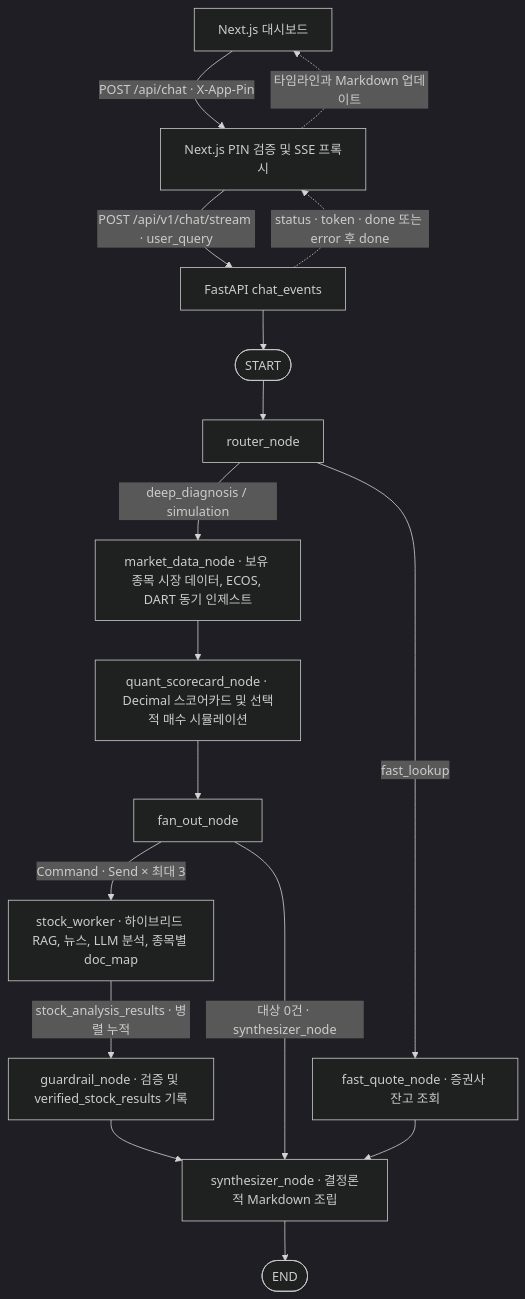
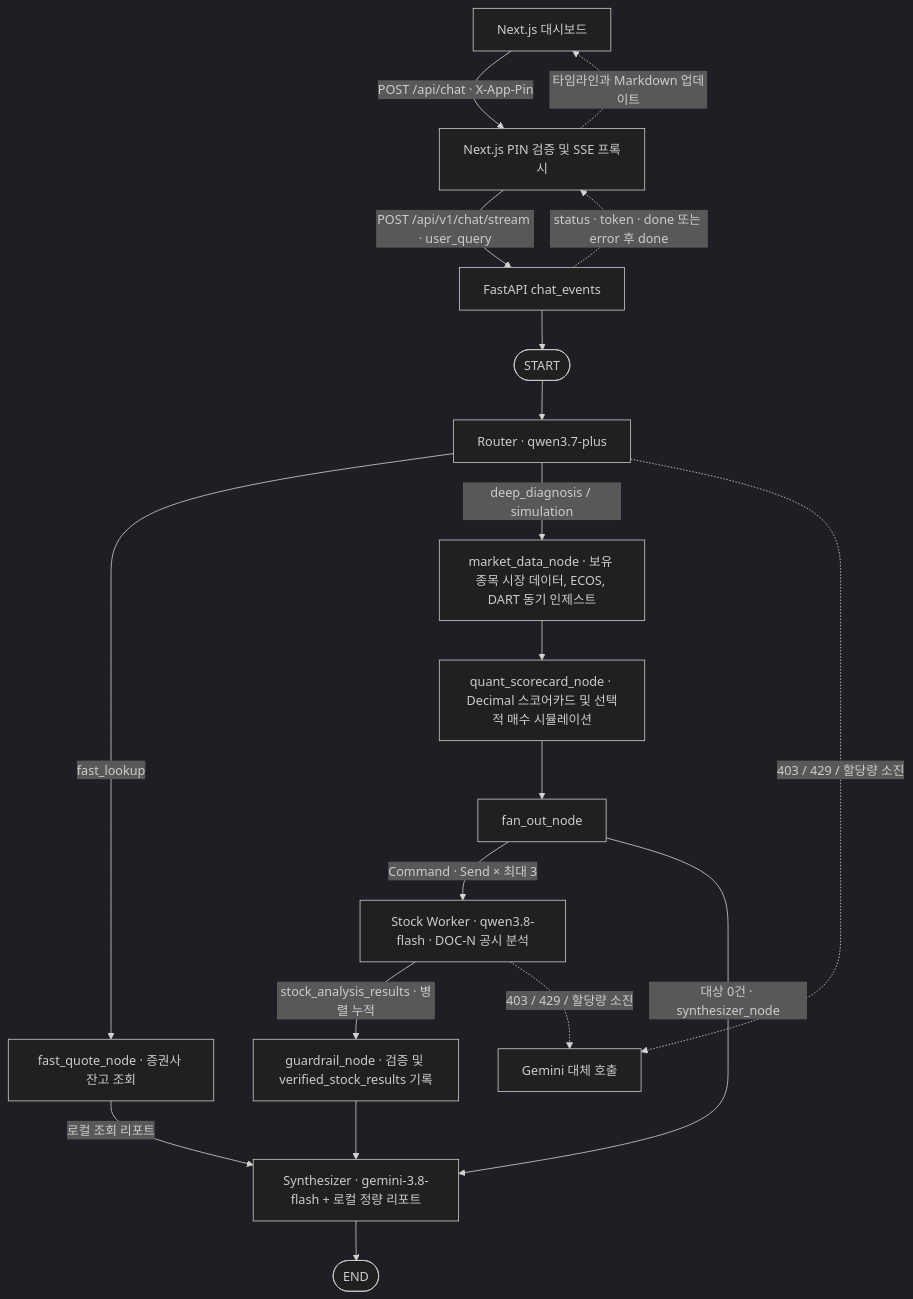
One commit to kimps005/finguard-ai changed the diagram in README.md. Above: the diagram before and after it, drawn with Mermaid (dark theme). The commit also changed other lines of this file and 13 other files, not shown here.

Commit message:
feat(module-6): route portfolio analysis across Qwen and Gemini

````diff
--- a/README.md
+++ b/README.md
@@ -15,19 +15,21 @@
 ```mermaid
 flowchart TD
     dashboard["Next.js 대시보드"] -->|"POST /api/chat · X-App-Pin"| proxy["Next.js PIN 검증 및 SSE 프록시"]
     proxy -->|"POST /api/v1/chat/stream · user_query"| http["FastAPI chat_events"]
     http --> startNode(["START"])
-    startNode --> router["router_node"]
+    startNode --> router["Router · qwen3.7-plus"]
     router -->|"fast_lookup"| fastQuote["fast_quote_node · 증권사 잔고 조회"]
     router -->|"deep_diagnosis / simulation"| market["market_data_node · 보유 종목 시장 데이터, ECOS, DART 동기 인제스트"]
     market --> quant["quant_scorecard_node · Decimal 스코어카드 및 선택적 매수 시뮬레이션"]
     quant --> fanOut["fan_out_node"]
-    fanOut -->|"Command · Send × 최대 3"| stockWorker["stock_worker · 하이브리드 RAG, 뉴스, LLM 분석, 종목별 doc_map"]
+    fanOut -->|"Command · Send × 최대 3"| stockWorker["Stock Worker · qwen3.8-flash · DOC-N 공시 분석"]
     stockWorker -->|"stock_analysis_results · 병렬 누적"| guardrail["guardrail_node · 검증 및 verified_stock_results 기록"]
-    guardrail --> synthesizer["synthesizer_node · 결정론적 Markdown 조립"]
+    guardrail --> synthesizer["Synthesizer · gemini-3.8-flash + 로컬 정량 리포트"]
     fanOut -->|"대상 0건 · synthesizer_node"| synthesizer
-    fastQuote --> synthesizer
+    fastQuote -->|"로컬 조회 리포트"| synthesizer
+    router -.->|"403 / 429 / 할당량 소진"| fallback["Gemini 대체 호출"]
+    stockWorker -.->|"403 / 429 / 할당량 소진"| fallback
     synthesizer --> endNode(["END"])
     http -.->|"status · token · done 또는 error 후 done"| proxy
     proxy -.->|"타임라인과 Markdown 업데이트"| dashboard
 ```
````
